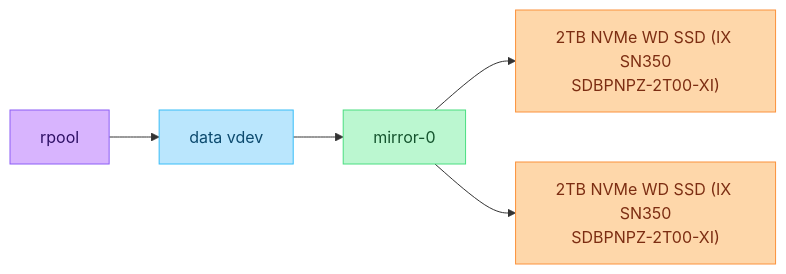
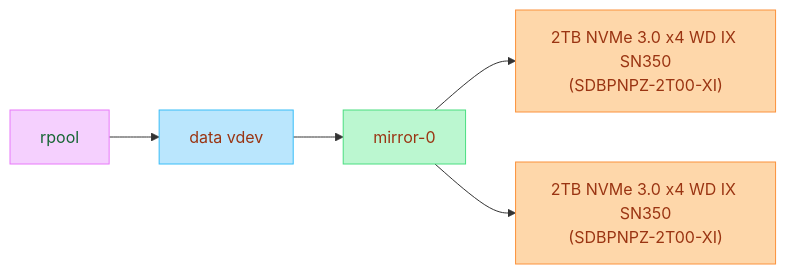
The second of 3 diagrams in README.md (danterazo/docker-configs), drawn with Mermaid before and after one commit. The commit also changed other lines of this file, not shown here.

Commit message:
Mermaid improvements

````diff
--- a/README.md
+++ b/README.md
@@ -63,17 +49,17 @@
 ```mermaid
 flowchart LR
-    rpool["rpool"] --> rpool_data["data vdev"]
+    rpool --> rpool_data["data vdev"]
     rpool_data --> rpool_mirror["mirror-0"]
-    rpool_mirror --> rpool_nvme1["2TB NVMe WD SSD (IX SN350<br/>SDBPNPZ-2T00-XI)"]
-    rpool_mirror --> rpool_nvme2["2TB NVMe WD SSD (IX SN350<br/>SDBPNPZ-2T00-XI)"]
+    rpool_mirror --> rpool_nvme1["2TB NVMe 3.0 x4 WD IX SN350<br>(SDBPNPZ-2T00-XI)"]
+    rpool_mirror --> rpool_nvme2["2TB NVMe 3.0 x4 WD IX SN350<br>(SDBPNPZ-2T00-XI)"]
 
-    classDef pool fill:#d8b4fe,color:#2e1065,stroke:#8b5cf6
-    classDef vdev fill:#bae6fd,color:#0c4a6e,stroke:#38bdf8
-    classDef mirror fill:#bbf7d0,color:#14532d,stroke:#4ade80
-    classDef disk fill:#fed7aa,color:#7c2d12,stroke:#fb923c
+    classDef pool fill:#f5d0fe,color:#166534,stroke:#e879f9
+    classDef vdev fill:#bae6fd,color:#9a3412,stroke:#38bdf8
+    classDef mirror fill:#bbf7d0,color:#9a3412,stroke:#4ade80
+    classDef disk fill:#fed7aa,color:#9a3412,stroke:#fb923c
 
     class rpool pool
     class rpool_data vdev
     class rpool_mirror mirror
     class rpool_nvme1,rpool_nvme2 disk
 ```
````
